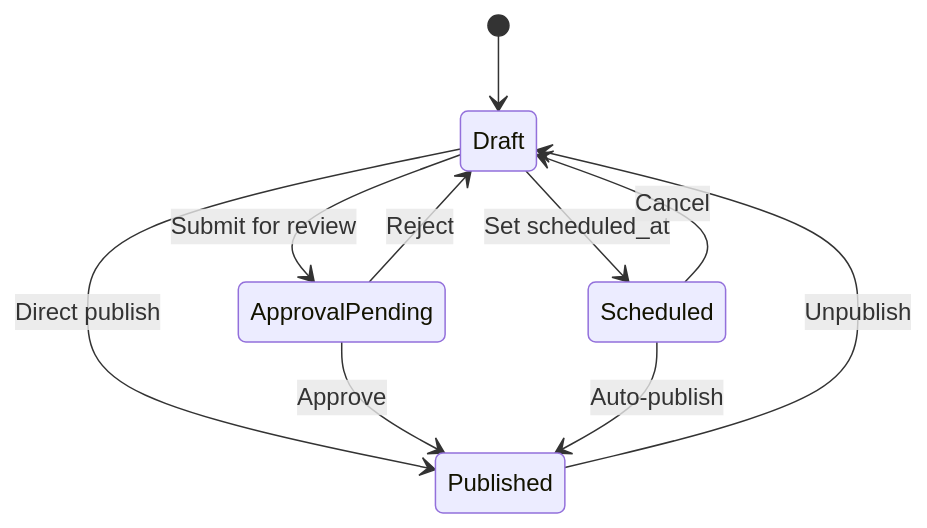
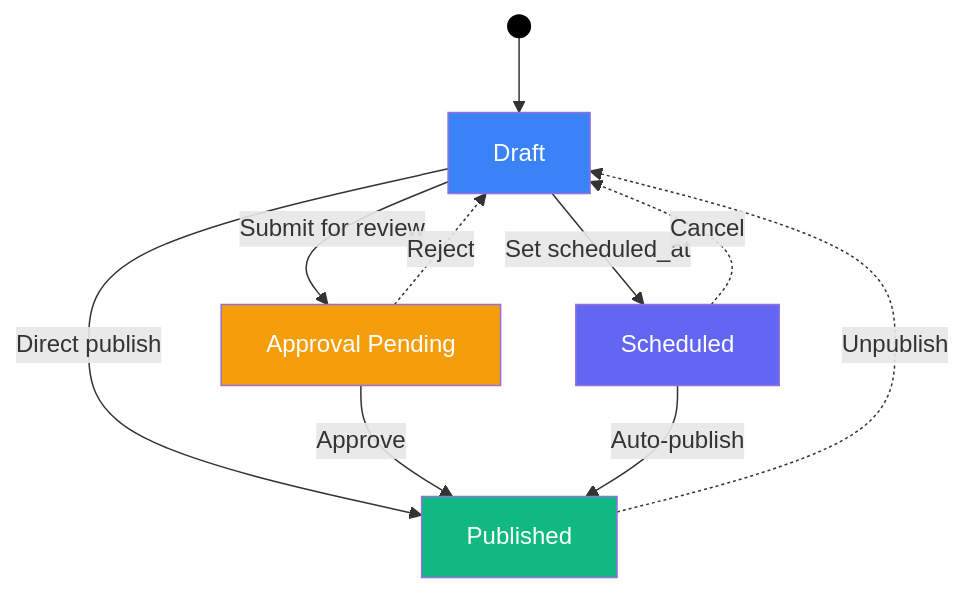
The diagram in documentation/guides/workflows/state-management.mdx (ThePublive/docs), drawn with Mermaid before and after one commit. The commit also changed 2 other files, not shown here.

Commit message:
fixed mermaid diagrams.

````diff
--- a/documentation/guides/workflows/state-management.mdx
+++ b/documentation/guides/workflows/state-management.mdx
@@ -10,12 +10,18 @@
 ```mermaid
-stateDiagram-v2
-    [*] --> Draft
-    Draft --> ApprovalPending : Submit for review
-    Draft --> Published : Direct publish
-    Draft --> Scheduled : Set scheduled_at
-    ApprovalPending --> Published : Approve
-    ApprovalPending --> Draft : Reject
-    Published --> Draft : Unpublish
-    Scheduled --> Published : Auto-publish
-    Scheduled --> Draft : Cancel
+graph TD
+    Start(( )) --> Draft
+    Draft -->|"Submit for review"| AP["Approval Pending"]
+    Draft -->|"Direct publish"| Published
+    Draft -->|"Set scheduled_at"| Scheduled
+    AP -->|"Approve"| Published
+    Scheduled -->|"Auto-publish"| Published
+    AP -.->|"Reject"| Draft
+    Published -.->|"Unpublish"| Draft
+    Scheduled -.->|"Cancel"| Draft
+
+    style Start fill:#000,stroke:#000
+    style Draft fill:#3B82F6,color:#fff
+    style AP fill:#F59E0B,color:#fff
+    style Published fill:#10B981,color:#fff
+    style Scheduled fill:#6366F1,color:#fff
 ```
````
